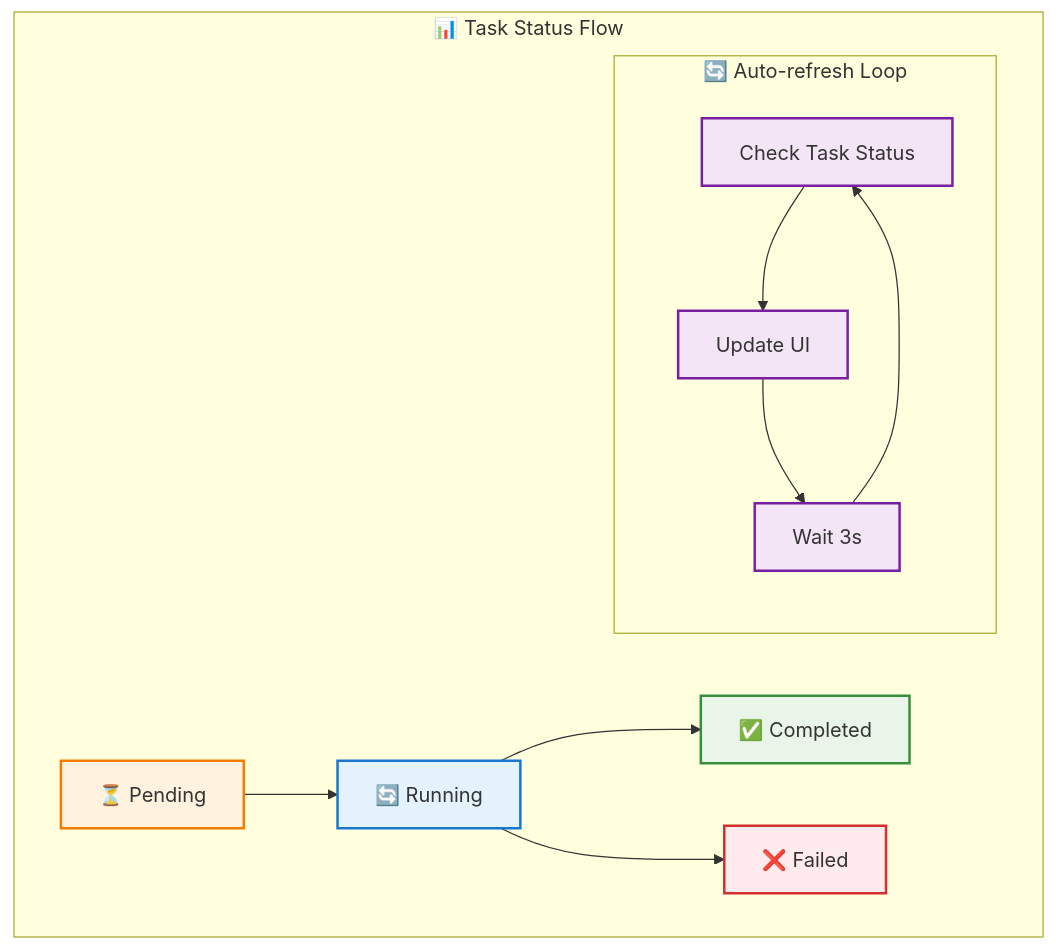
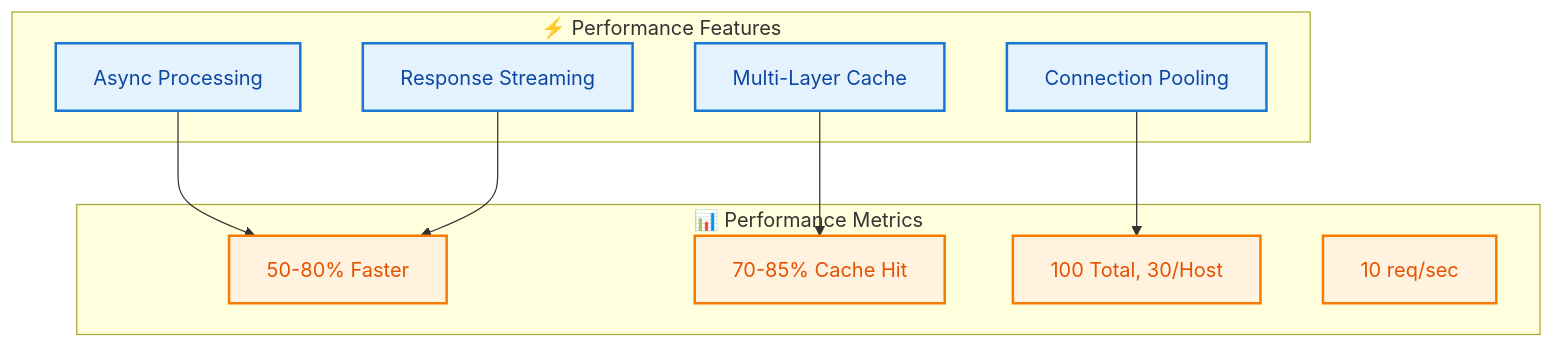
The tenth of 11 diagrams in docs/FEATURES.md (khaosans/basic-chat), drawn with Mermaid before and after one commit. The commit also changed other lines of this file and 2 other files, not shown here.

Commit message:
docs: fix organization, footer, and mermaid styling in README and FEATURES; add footer to DEVELOPMENT.md

````diff
--- a/docs/FEATURES.md
+++ b/docs/FEATURES.md
@@ -793,35 +823,27 @@
 ```mermaid
 graph TB
-    subgraph "📊 Task Status Flow"
-        PENDING[⏳ Pending]
-        RUNNING[🔄 Running]
-        COMPLETED[✅ Completed]
-        FAILED[❌ Failed]
-        
-        PENDING --> RUNNING
-        RUNNING --> COMPLETED
-        RUNNING --> FAILED
-        
-        subgraph "🔄 Auto-refresh Loop"
-            CHECK[Check Task Status]
-            UPDATE[Update UI]
-            WAIT[Wait 3s]
-            
-            CHECK --> UPDATE
-            UPDATE --> WAIT
-            WAIT --> CHECK
-        end
+    subgraph "⚡ Performance Features"
+        ASYNC[Async Processing]
+        POOL[Connection Pooling]
+        CACHE[Multi-Layer Cache]
+        STREAM[Response Streaming]
     end
     
-    classDef pending fill:#FFF3E0,stroke:#F57C00,stroke-width:2px
-    classDef running fill:#E3F2FD,stroke:#1976D2,stroke-width:2px
-    classDef completed fill:#E8F5E8,stroke:#388E3C,stroke-width:2px
-    classDef failed fill:#FFEBEE,stroke:#D32F2F,stroke-width:2px
-    classDef refresh fill:#F3E5F5,stroke:#7B1FA2,stroke-width:2px
+    subgraph "📊 Performance Metrics"
+        RESPONSE[50-80% Faster]
+        HIT_RATE[70-85% Cache Hit]
+        CONNECTIONS[100 Total, 30/Host]
+        RATE_LIMIT[10 req/sec]
+    end
     
-    class PENDING pending
-    class RUNNING running
-    class COMPLETED completed
-    class FAILED failed
-    class CHECK,UPDATE,WAIT refresh
+    ASYNC --> RESPONSE
+    POOL --> CONNECTIONS
+    CACHE --> HIT_RATE
+    STREAM --> RESPONSE
+    
+    classDef features fill:#E3F2FD,stroke:#1976D2,stroke-width:2px,color:#0D47A1
+    classDef metrics fill:#FFF3E0,stroke:#F57C00,stroke-width:2px,color:#E65100
+    
+    class ASYNC,POOL,CACHE,STREAM features
+    class RESPONSE,HIT_RATE,CONNECTIONS,RATE_LIMIT metrics
 ```
````
